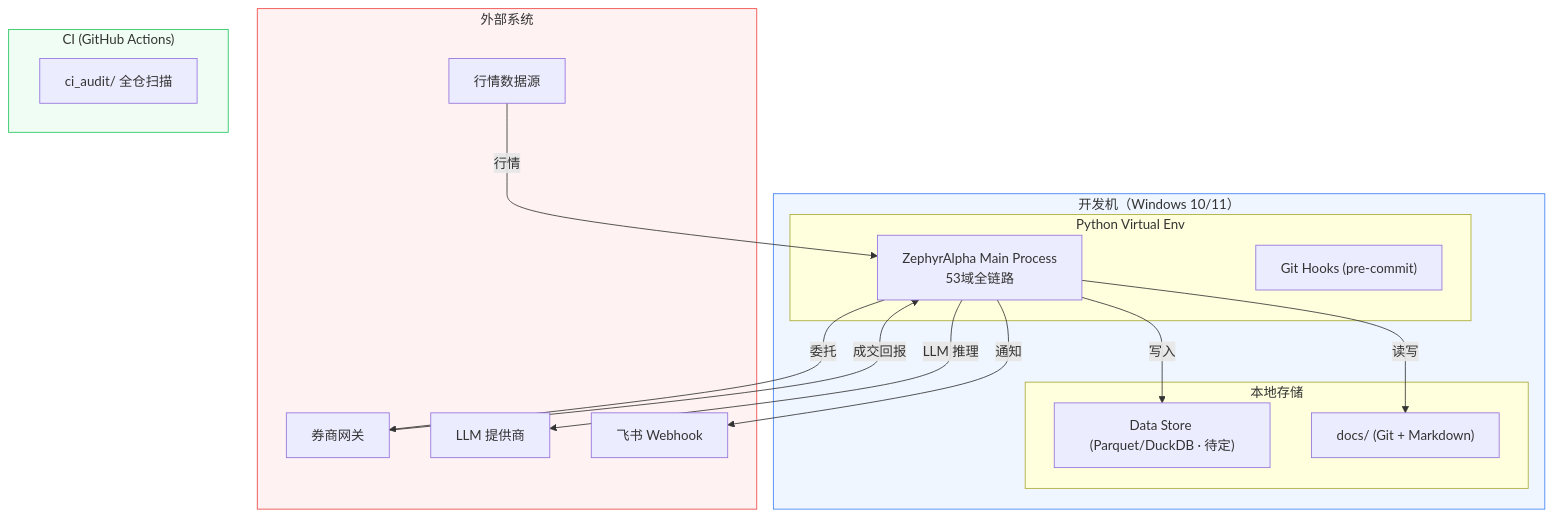
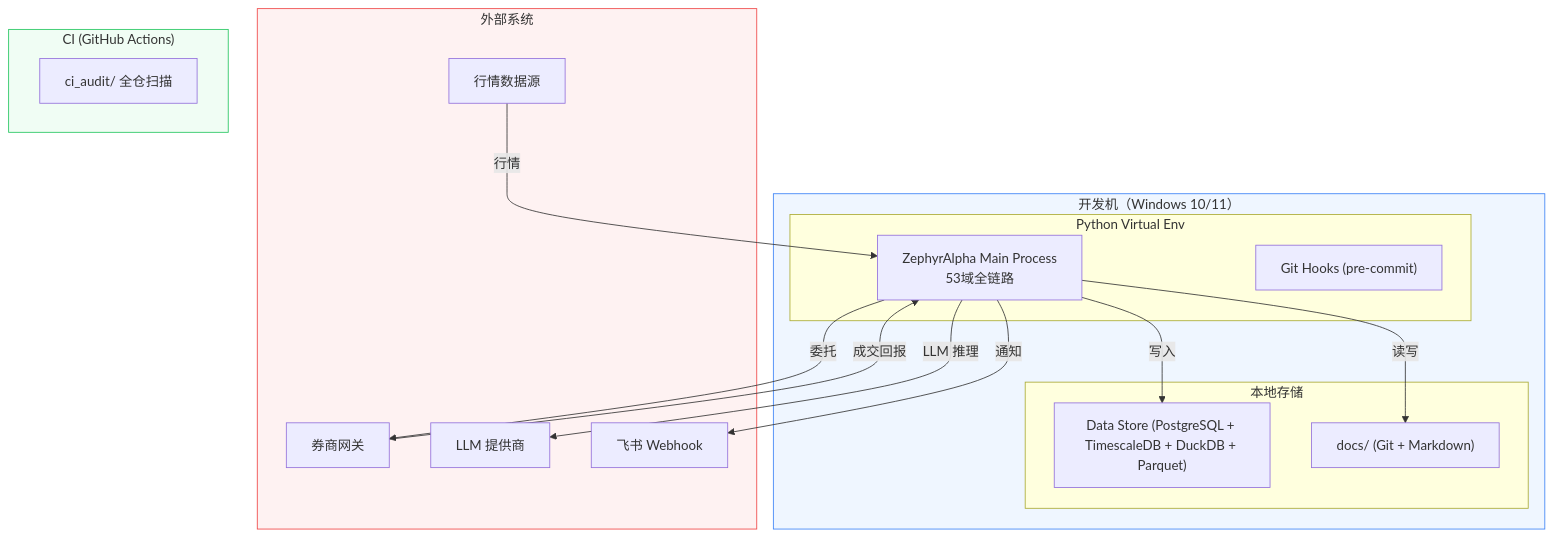
Before and after one commit to xuanFelixVan/ZephyrAlpha: the diagram in docs/02_enterprise_architecture/target_architecture/diagrams/deployment_experimental.mmd, drawn with Mermaid. The commit also changed 2 other files, not shown here.

Commit message:
docs(arch): 修复部署图源指针漂移并定性 docker-compose.yml (#ARCH-065)
A1. deployment_experimental.mmd:
    - 源指针 technology_architecture.md §6.1 → technology_principles.md §4.1
      （原文件经 VIEW-04PRINC-TECHNOLOGY 重构改名，§6.1 实为环境矩阵非部署框架）
    - 存储节点补全 PostgreSQL + TimescaleDB、去除"待定"（与 §4.1 experimental 列对齐）
    - 节点 ID 保留 PARQUET，仅修正标签

A2. docker-compose.yml:
    - 顶部加 Post-Activation 阶段定性注释，明确 experimental 阶段不调用
      docker compose up 是 §4.1 预期行为，非死代码
    - 注明 Dockerfile + .dockerignore 仍被 CI docker-build job 使用，勿删

A3. architecture_issue_registry.yaml:
    - 追加 #ARCH-065（status=resolved，P3低，含完整裁定/不实施项/与既有裁定关系）
    - header last_updated → 2026-07-22

查证结论：Docker 非弃用——§4.1 二阶段框架中属 Post-Activation 阶段；
security_principles.md:229 规定 beta 接入真实资金后必须升级 Docker 沙箱。

逃生通道说明：worktree 启动遇 WORKSPACE_DRIFT_BLOCKED（主工作区 1112 个预存
脏文件，非本次变更），按 FP-ISO.4C 逃生通道改用 GitCommitGateway + allow_overlap，
仅提交本次 3 文件，stash 隔离其余预存修改。

[GW:sess-56040-20260722040618]
[GW:sess-56040-20260722040618:overlap]

```diff
--- a/docs/02_enterprise_architecture/target_architecture/diagrams/deployment_experimental.mmd
+++ b/docs/02_enterprise_architecture/target_architecture/diagrams/deployment_experimental.mmd
@@ -1,33 +1,33 @@
-%% Source: technology_architecture.md §6.1
+%% Source: technology_principles.md §4.1（experimental vs Post-Activation 部署框架）
 %%{init: {'theme': 'default'}}%%
 graph TD
     subgraph DEV["开发机（Windows 10/11）"]
         subgraph VENV["Python Virtual Env"]
             APP["ZephyrAlpha Main Process\n53域全链路"]
             HOOKS["Git Hooks (pre-commit)"]
         end
         subgraph STORAGE["本地存储"]
-            PARQUET["Data Store (Parquet/DuckDB · 待定)"]
+            PARQUET["Data Store (PostgreSQL + TimescaleDB + DuckDB + Parquet)"]
             DOCS["docs/ (Git + Markdown)"]
         end
     end
     subgraph EXT["外部系统"]
         MKT_DATA["行情数据源"]
         BROKER["券商网关"]
         LLM_API["LLM 提供商"]
         FEISHU["飞书 Webhook"]
     end
     subgraph CI["CI (GitHub Actions)"]
         CI_SCAN["ci_audit/ 全仓扫描"]
     end
     MKT_DATA -->|行情| APP
     APP -->|委托| BROKER
     BROKER -->|成交回报| APP
     APP -->|LLM 推理| LLM_API
     APP -->|通知| FEISHU
     APP -->|写入| PARQUET
     APP -->|读写| DOCS
 
     style DEV fill:#eff6ff,stroke:#3b82f6
     style EXT fill:#fef2f2,stroke:#ef4444
     style CI fill:#f0fdf4,stroke:#22c55e
```
